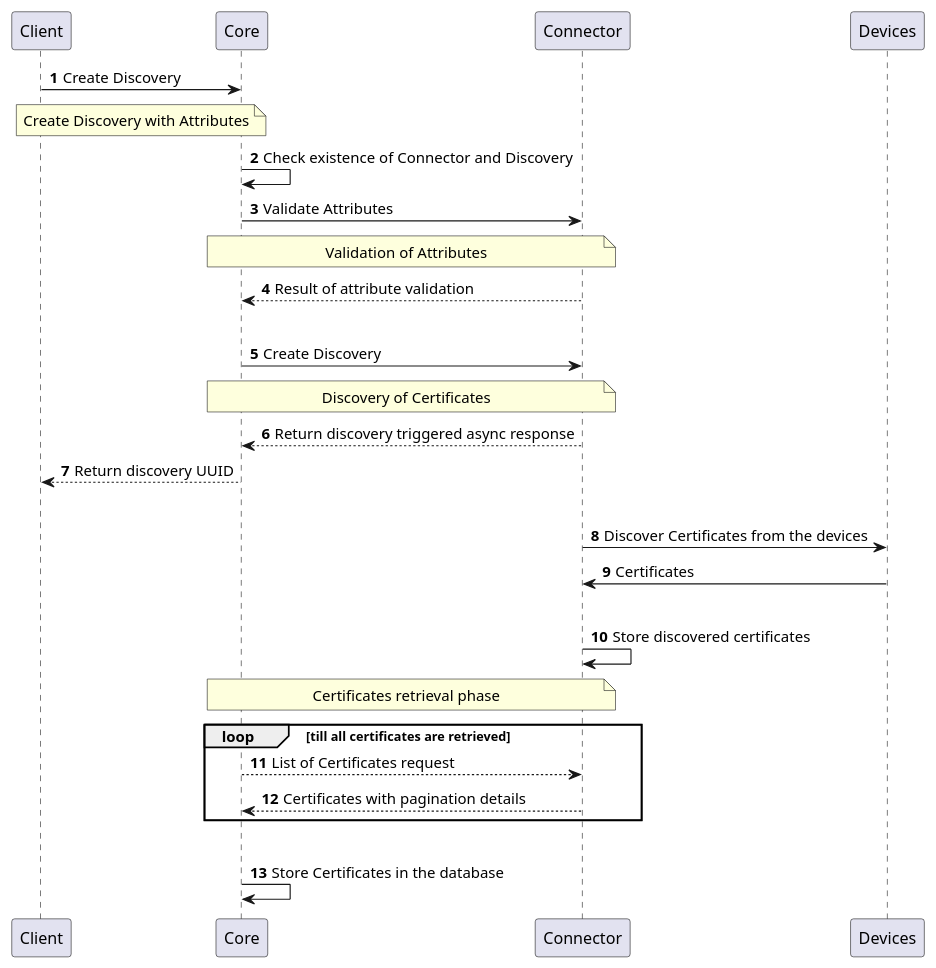
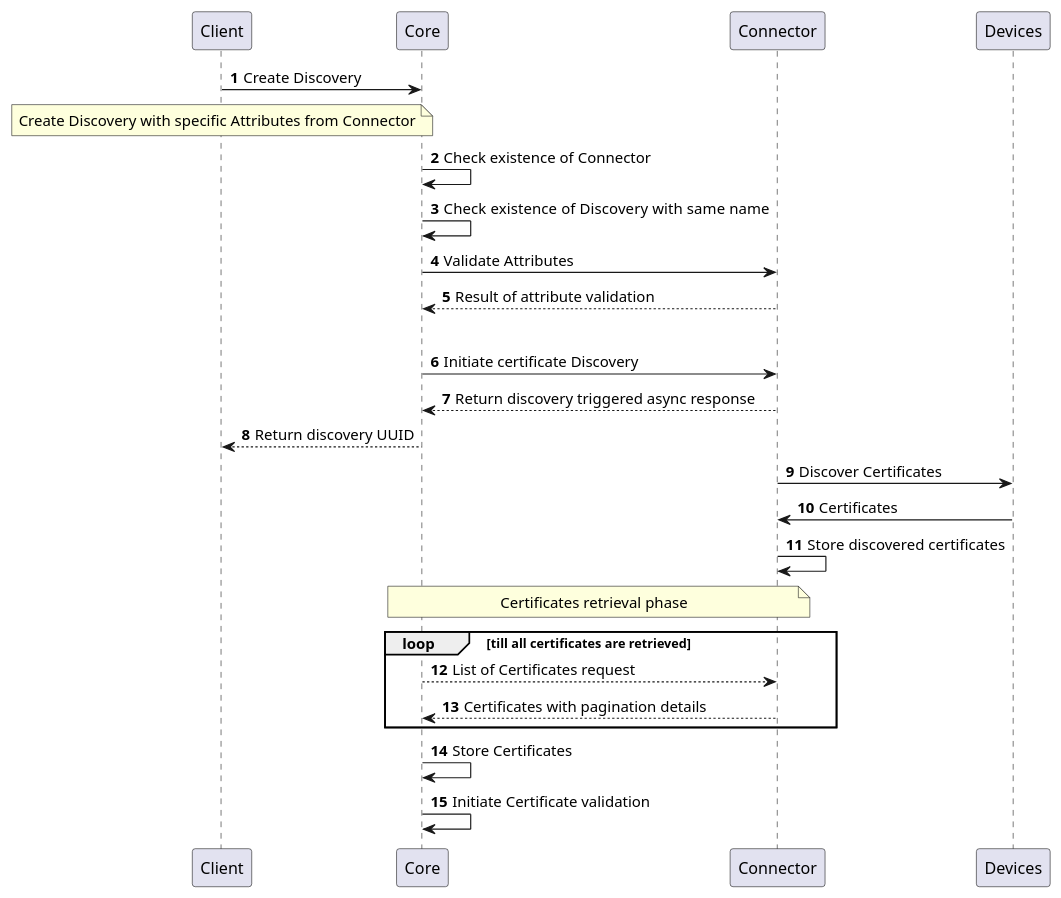
The first of 3 diagrams in docs/12-connectors/05-description/27-discovery-provider.md (CZERTAINLY/CZERTAINLY-Documentation), drawn with PlantUML before and after one commit. The commit also changed other lines of this file and 8 other files, not shown here.

First line of the commit message:
Update description of plantuml diagrams on the providers

````diff
--- a/docs/12-connectors/05-description/27-discovery-provider.md
+++ b/docs/12-connectors/05-description/27-discovery-provider.md
@@ -28,29 +26,26 @@
 ```plantuml
     @startuml
     autonumber
     skinparam topurl https://docs.czertainly.com/api/
         Client -> Core [[core-discovery/#tag/Discovery-Management-API/operation/createDiscovery]]: Create Discovery
-        note over Client,Core: Create Discovery with Attributes
-        Core->Core: Check existence of Connector and Discovery
+        note over Client: Create Discovery with specific Attributes from Connector
+        Core->Core: Check existence of Connector
+        Core -> Core: Check existence of Discovery  with same name
         Core -> Connector [[connector-discovery-provider/#tag/Attributes-API/operation/validateAttributes]]: Validate Attributes
-        note over Core,Connector: Validation of Attributes
         Connector --> Core: Result of attribute validation
         |||
-        Core -> Connector [[connector-discovery-provider/#tag/Discovery-API/operation/discoverCertificate]]: Create Discovery
-        note over Core,Connector: Discovery of Certificates
+        Core -> Connector [[connector-discovery-provider/#tag/Discovery-API/operation/discoverCertificate]]: Initiate certificate Discovery
         Connector --> Core: Return discovery triggered async response
         Core --> Client: Return discovery UUID
-        |||
-        Connector -> Devices : Discover Certificates from the devices
+        Connector -> Devices : Discover Certificates
         Devices -> Connector : Certificates
-        |||
         Connector -> Connector: Store discovered certificates
         note over Core, Connector: Certificates retrieval phase
         loop till all certificates are retrieved
             Core --> Connector [[connector-discovery-provider/#tag/Discovery-API/operation/getDiscovery]]: List of Certificates request
             Connector --> Core: Certificates with pagination details
         end
-        |||
-        Core -> Core: Store Certificates in the database
+        Core -> Core: Store Certificates
+        Core -> Core: Initiate Certificate validation
     @enduml
 ```
````
